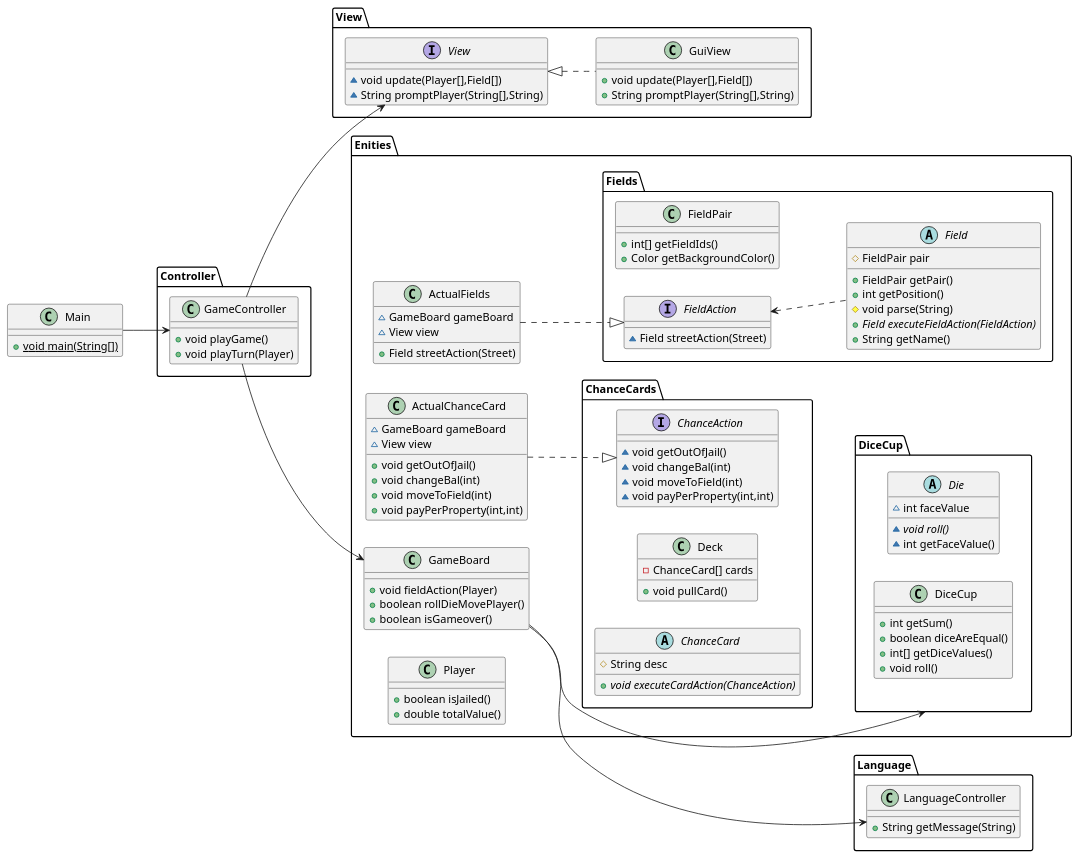
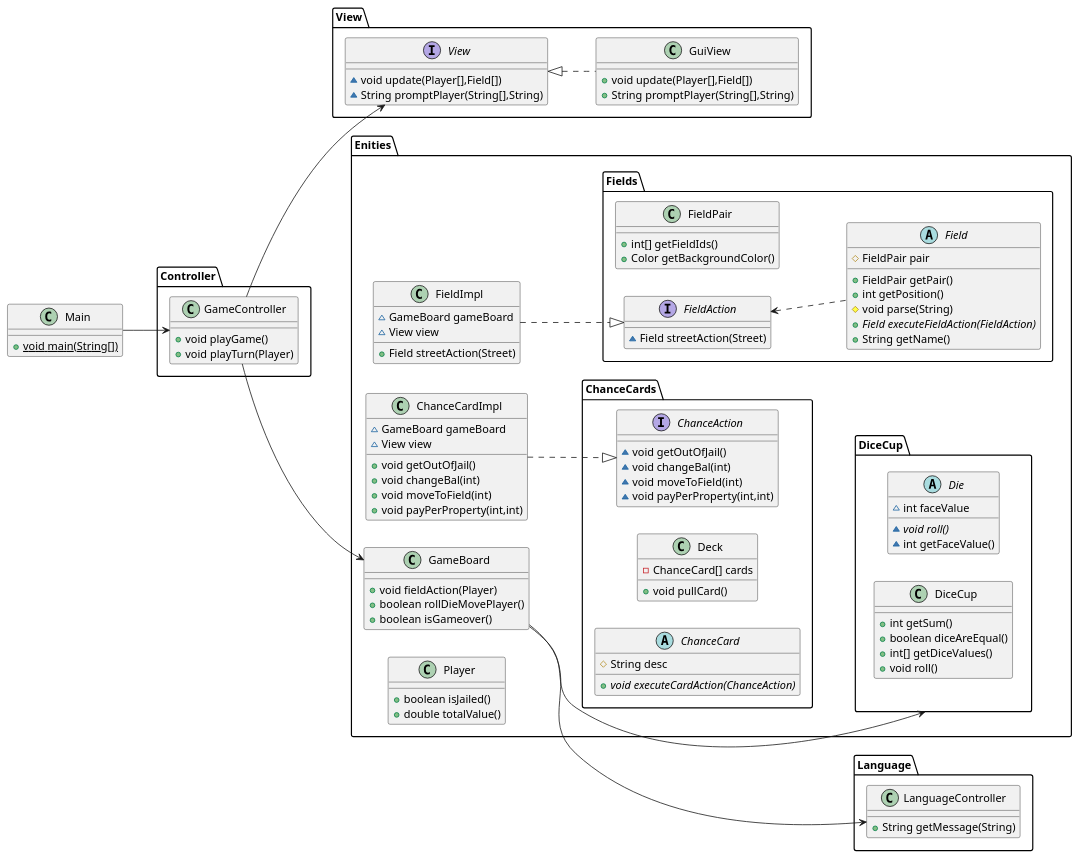
One commit to xdTobs/_22_del3 changed the diagram in ClassDiagram2.puml. Above: the diagram before and after it, drawn with PlantUML. The commit also changed 13 other files, not shown here.

```diff
--- a/ClassDiagram2.puml
+++ b/ClassDiagram2.puml
@@ -1,125 +1,125 @@
 @startuml
 left to right direction
 
 interface View.View {
 ~ void update(Player[],Field[])
 ~ String promptPlayer(String[],String)
 }
 
 
 interface Enities.ChanceCards.ChanceAction {
 ~ void getOutOfJail()
 ~ void changeBal(int)
 ~ void moveToField(int)
 ~ void payPerProperty(int,int)
 }
 class Enities.GameBoard {
 + void fieldAction(Player)
 + boolean rollDieMovePlayer()
 + boolean isGameover()
 }
 class Enities.Player {
 
 
 
 
 
 
 
 + boolean isJailed()
 + double totalValue()
 }
 
 
 
 
 class Enities.ChanceCards.Deck {
 -ChanceCard[] cards
 + void pullCard()
 }
 
-class Enities.ActualChanceCard {
+class Enities.ChanceCardImpl {
 ~ GameBoard gameBoard
 ~ View view
 + void getOutOfJail()
 + void changeBal(int)
 + void moveToField(int)
 + void payPerProperty(int,int)
 }
 
 abstract class Enities.Fields.Field {
 
 
 # FieldPair pair
 + FieldPair getPair()
 + int getPosition()
 # void parse(String)
 + {abstract}Field executeFieldAction(FieldAction)
 + String getName()
 }
 class Language.LanguageController {
 + String getMessage(String)
 }
 class Enities.Fields.FieldPair {
 + int[] getFieldIds()
 + Color getBackgroundColor()
 }
 abstract class Enities.DiceCup.Die {
 ~ int faceValue
 ~ {abstract}void roll()
 ~ int getFaceValue()
 }
 
 
 class Enities.DiceCup.DiceCup {
 + int getSum()
 + boolean diceAreEqual()
 + int[] getDiceValues()
 + void roll()
 }
 class Controller.GameController {
 + void playGame()
 + void playTurn(Player)
 }
 
 
 
 class View.GuiView {
 + void update(Player[],Field[])
 + String promptPlayer(String[],String)
 }
 
 
 
 abstract class Enities.ChanceCards.ChanceCard {
 # String desc
 + {abstract}void executeCardAction(ChanceAction)
 }
-class Enities.ActualFields {
+class Enities.FieldImpl {
 ~ GameBoard gameBoard
 ~ View view
 + Field streetAction(Street)
 }
 class Main {
 + {static} void main(String[])
 }
 
 interface Enities.Fields.FieldAction {
 ~ Field streetAction(Street)
 }
 
 
 
 
 
-Enities.ChanceCards.ChanceAction <|.up. Enities.ActualChanceCard
-Enities.Fields.FieldAction <|.up. Enities.ActualFields
+Enities.ChanceCards.ChanceAction <|.up. Enities.ChanceCardImpl
+Enities.Fields.FieldAction <|.up. Enities.FieldImpl
 View.View <|.. View.GuiView
 Controller.GameController --> View.View
 Controller.GameController --> Enities.GameBoard
 Enities.GameBoard -down-->Enities.DiceCup
 Main -->Controller.GameController
 Enities.GameBoard --->Language.LanguageController
 Enities.Fields.FieldAction<..Enities.Fields.Field
 
 @enduml
```
